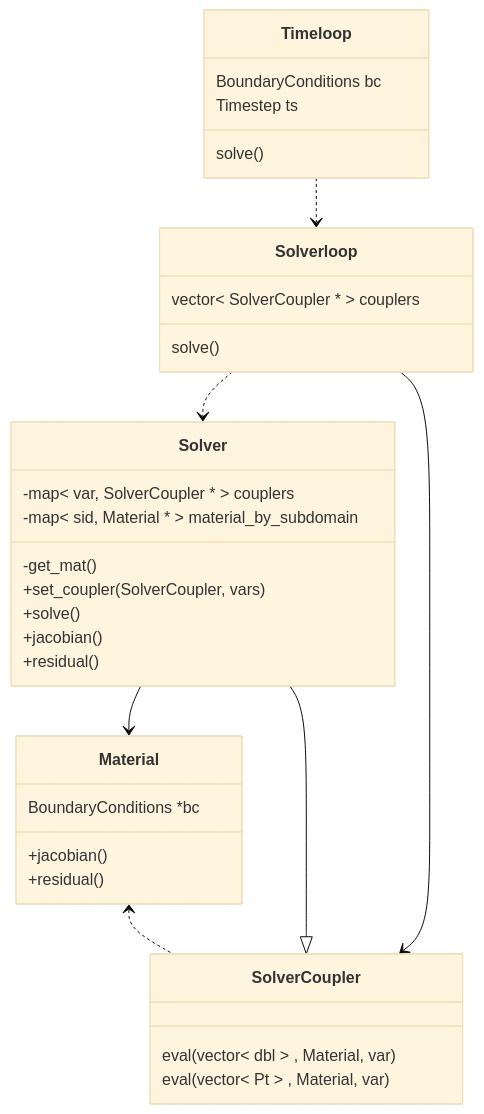
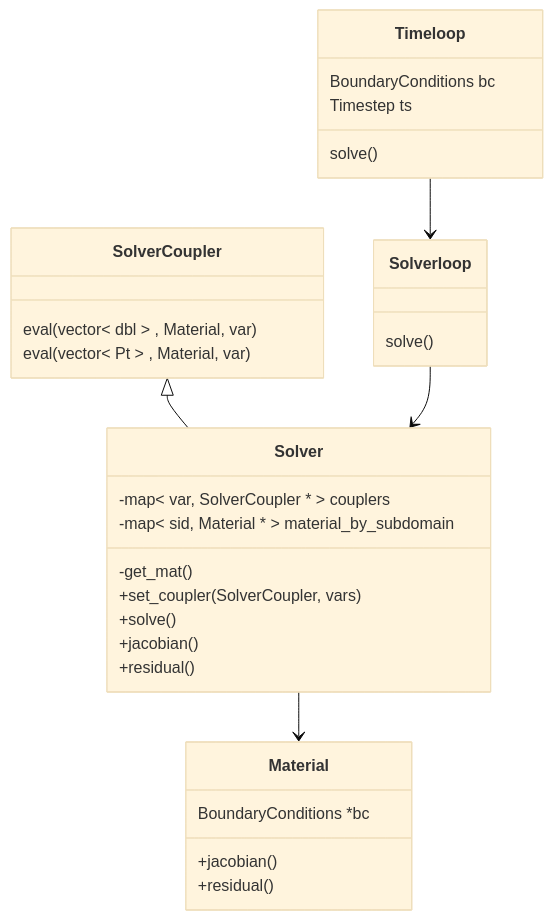
Before and after one commit to rebpoli/harpy: the first of 2 diagrams in doc/Description.md, drawn with Mermaid (base theme).

````diff
--- a/doc/Description.md
+++ b/doc/Description.md
@@ -20,44 +20,41 @@
 ```mermaid
 %% Interfaces, abstract classes
 classDiagram
     class Timeloop { 
         BoundaryConditions bc
         Timestep ts
         solve()
     }
 
     class Solverloop {
-        vector< SolverCoupler * > couplers
         solve()
     }
 
     class SolverCoupler {
         eval( vector< dbl > , Material, var )
         eval( vector< Pt >  , Material, var )
     }
 
     class Solver {
         -map< var, SolverCoupler * > couplers
         -map< sid, Material * > material_by_subdomain
         -get_mat()
         +set_coupler(SolverCoupler, vars)
         +solve()
         +jacobian()
         +residual()
     }
 
 
     class Material {
         BoundaryConditions *bc
         +jacobian()
         +residual()
     }
 
     SolverCoupler <|-- Solver
-    Material <.. SolverCoupler
-    Timeloop ..> Solverloop
-    Solverloop ..> Solver
-    Solverloop --> SolverCoupler
+    Timeloop --> Solverloop
+    Solverloop --> Solver
     Solver --> Material
 
 ```
````
